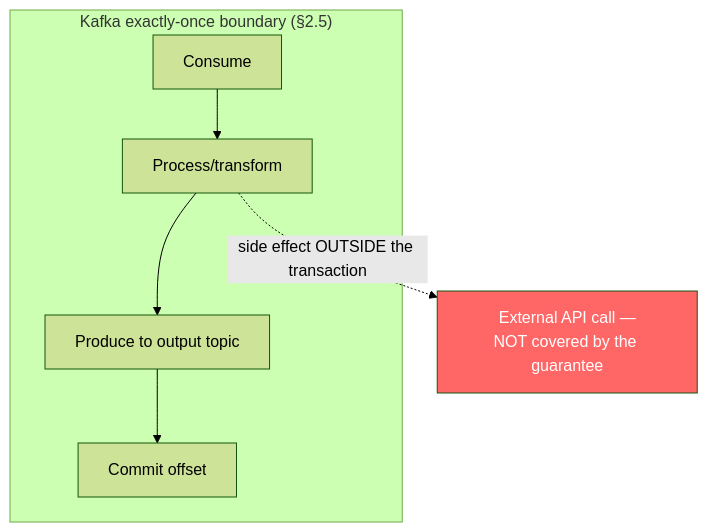
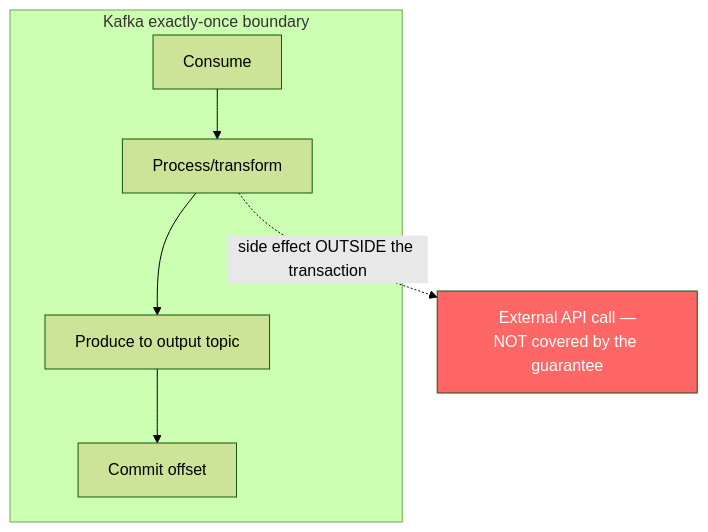
Before and after one commit to umashankarp/InterviewQuestions: the second of 4 diagrams in 18-Event-Driven-Architecture/06-Idempotency-ExactlyOnce-Deduplication-At-Scale.md, drawn with Mermaid (forest theme). The commit also changed other lines of this file and 173 other files, not shown here.

````diff
--- a/18-Event-Driven-Architecture/06-Idempotency-ExactlyOnce-Deduplication-At-Scale.md
+++ b/18-Event-Driven-Architecture/06-Idempotency-ExactlyOnce-Deduplication-At-Scale.md
@@ -70,10 +70,10 @@
 ```mermaid
 graph TB
-    subgraph "Kafka exactly-once boundary (§2.5)"
-        Consume[Consume] --> Process[Process/transform]
-        Process --> Produce[Produce to output topic]
-        Produce --> Commit[Commit offset]
-    end
-    Process -.side effect OUTSIDE the transaction.-> Ext[External API call —<br/>NOT covered by the guarantee]
-    style Ext fill:#f66,color:#fff
+ subgraph "Kafka exactly-once boundary"
+ Consume[Consume] --> Process[Process/transform]
+ Process --> Produce[Produce to output topic]
+ Produce --> Commit[Commit offset]
+ end
+ Process -.side effect OUTSIDE the transaction.-> Ext[External API call —<br/>NOT covered by the guarantee]
+ style Ext fill:#f66,color:#fff
 ```
````
